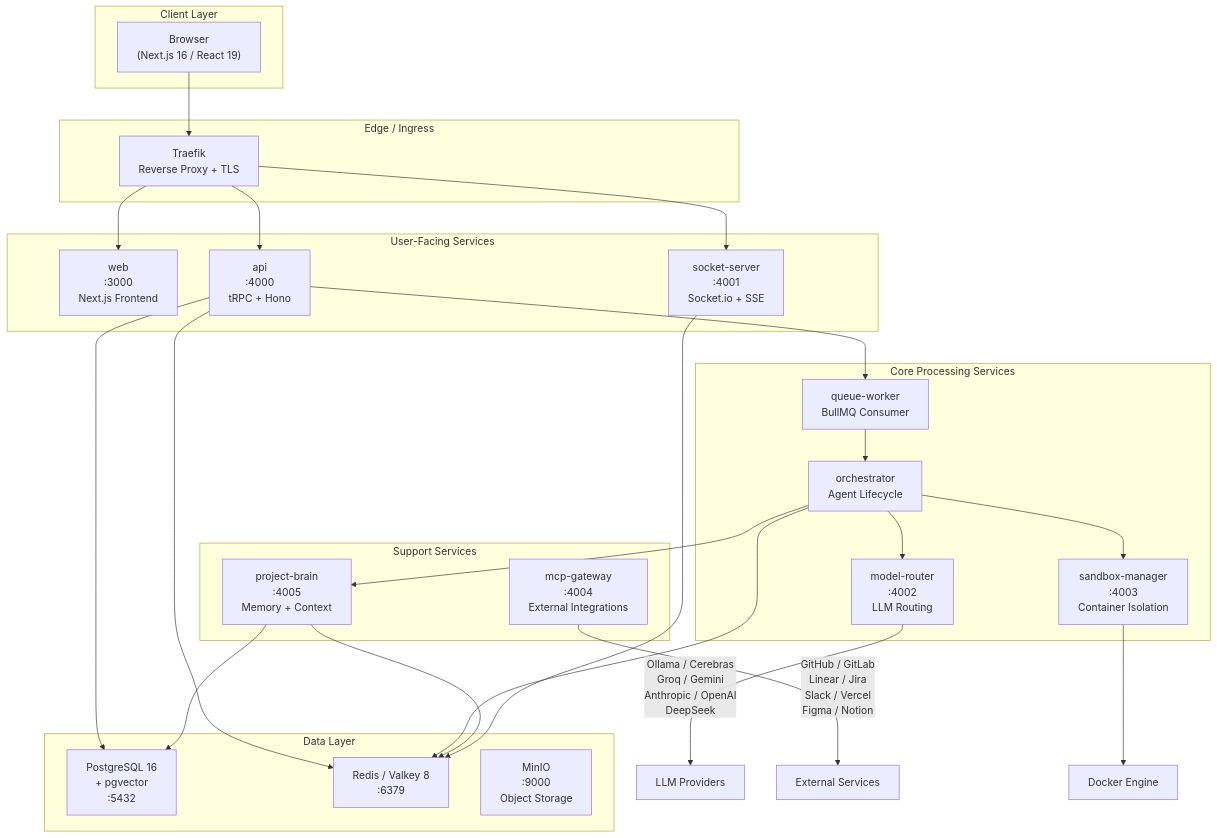
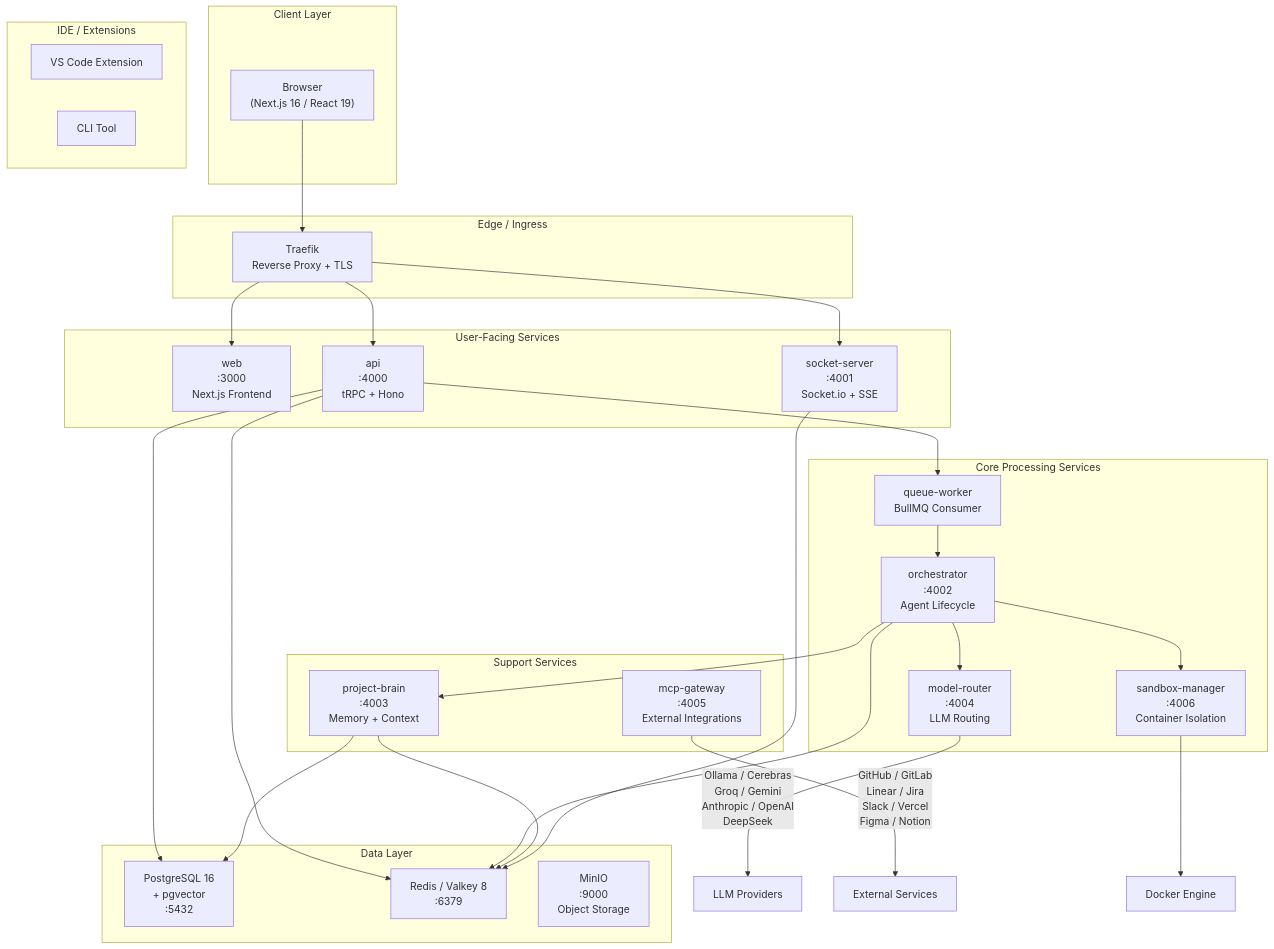
Before and after one commit to idimetrix/prometheus-ai: the first of 13 diagrams in ARCHITECTURE.md, drawn with Mermaid. The commit also changed other lines of this file and 181 other files, not shown here.

````diff
--- a/ARCHITECTURE.md
+++ b/ARCHITECTURE.md
@@ -35,59 +41,64 @@
 ```mermaid
 graph TD
     subgraph "Client Layer"
         Browser["Browser<br/>(Next.js 16 / React 19)"]
     end
 
     subgraph "Edge / Ingress"
         Traefik["Traefik<br/>Reverse Proxy + TLS"]
     end
 
     subgraph "User-Facing Services"
         Web["web<br/>:3000<br/>Next.js Frontend"]
         API["api<br/>:4000<br/>tRPC + Hono"]
         Socket["socket-server<br/>:4001<br/>Socket.io + SSE"]
     end
 
     subgraph "Core Processing Services"
-        Orchestrator["orchestrator<br/>Agent Lifecycle"]
+        Orchestrator["orchestrator<br/>:4002<br/>Agent Lifecycle"]
         QueueWorker["queue-worker<br/>BullMQ Consumer"]
-        ModelRouter["model-router<br/>:4002<br/>LLM Routing"]
-        SandboxMgr["sandbox-manager<br/>:4003<br/>Container Isolation"]
+        ModelRouter["model-router<br/>:4004<br/>LLM Routing"]
+        SandboxMgr["sandbox-manager<br/>:4006<br/>Container Isolation"]
     end
 
     subgraph "Support Services"
-        MCPGateway["mcp-gateway<br/>:4004<br/>External Integrations"]
-        ProjectBrain["project-brain<br/>:4005<br/>Memory + Context"]
+        MCPGateway["mcp-gateway<br/>:4005<br/>External Integrations"]
+        ProjectBrain["project-brain<br/>:4003<br/>Memory + Context"]
+    end
+
+    subgraph "IDE / Extensions"
+        VSCode["VS Code Extension"]
+        CLI["CLI Tool"]
     end
 
     subgraph "Data Layer"
         PG["PostgreSQL 16<br/>+ pgvector<br/>:5432"]
         Redis["Redis / Valkey 8<br/>:6379"]
         MinIO["MinIO<br/>:9000<br/>Object Storage"]
     end
 
     Browser --> Traefik
     Traefik --> Web
     Traefik --> API
     Traefik --> Socket
 
     API --> PG
     API --> Redis
     API --> QueueWorker
 
     QueueWorker --> Orchestrator
     Orchestrator --> ModelRouter
     Orchestrator --> SandboxMgr
     Orchestrator --> ProjectBrain
     Orchestrator --> Redis
 
     ModelRouter --> |"Ollama / Cerebras<br/>Groq / Gemini<br/>Anthropic / OpenAI<br/>DeepSeek"| LLMProviders["LLM Providers"]
 
     ProjectBrain --> PG
     ProjectBrain --> Redis
 
     MCPGateway --> |"GitHub / GitLab<br/>Linear / Jira<br/>Slack / Vercel<br/>Figma / Notion"| ExtServices["External Services"]
 
     Socket --> Redis
     SandboxMgr --> Docker["Docker Engine"]
 ```
````
